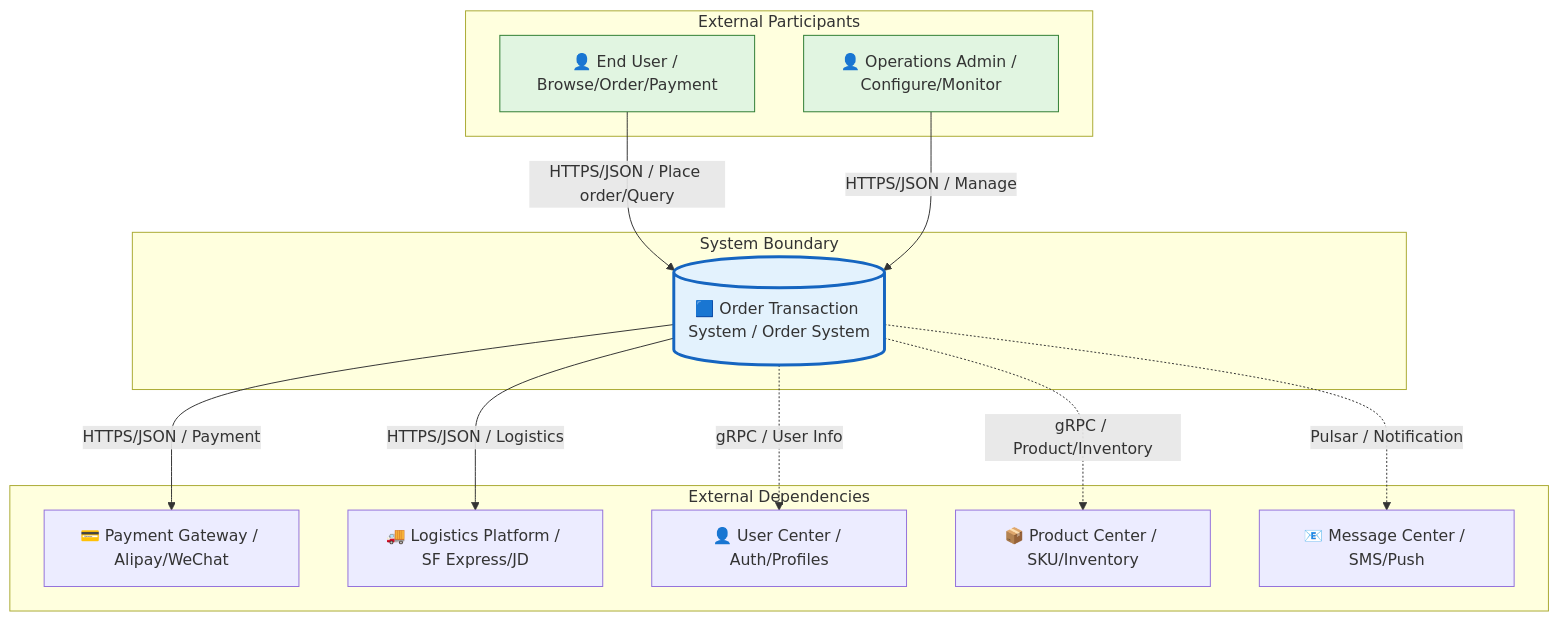
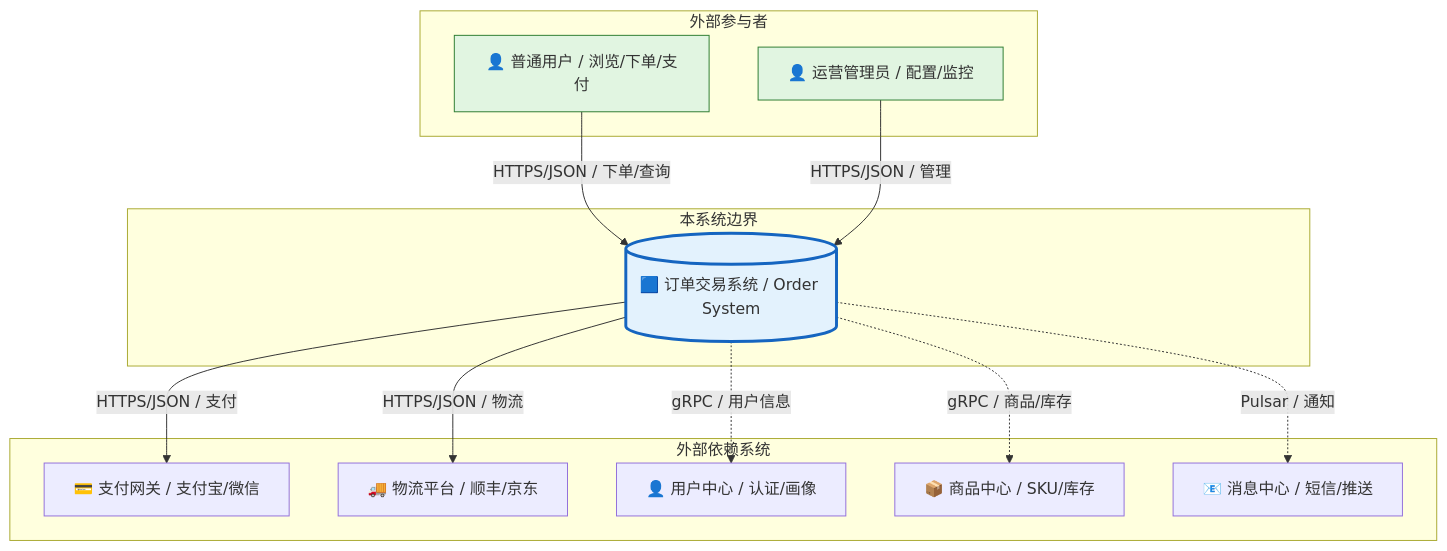
One commit to Kirky-X/cangjie changed the third of 15 diagrams in templates/Product/Technology/Template-Architecture.md. Above: the diagram before and after it, drawn with Mermaid. The commit also changed other lines of this file and 33 other files, not shown here.

````diff
--- a/templates/Product/Technology/Template-Architecture.md
+++ b/templates/Product/Technology/Template-Architecture.md
@@ -153,31 +153,31 @@
 ```mermaid
 graph TB
-    subgraph External Participants
-        U1[👤 End User / Browse/Order/Payment]
-        U2[👤 Operations Admin / Configure/Monitor]
+    subgraph 外部参与者
+        U1[👤 普通用户 / 浏览/下单/支付]
+        U2[👤 运营管理员 / 配置/监控]
     end
 
-    subgraph System Boundary
-        S1[(🟦 Order Transaction System / Order System)]
+    subgraph 本系统边界
+        S1[(🟦 订单交易系统 / Order System)]
     end
 
-    subgraph External Dependencies
-        E1[💳 Payment Gateway / Alipay/WeChat]
-        E2[🚚 Logistics Platform / SF Express/JD]
-        E3[👤 User Center / Auth/Profiles]
-        E4[📦 Product Center / SKU/Inventory]
-        E5[📧 Message Center / SMS/Push]
+    subgraph 外部依赖系统
+        E1[💳 支付网关 / 支付宝/微信]
+        E2[🚚 物流平台 / 顺丰/京东]
+        E3[👤 用户中心 / 认证/画像]
+        E4[📦 商品中心 / SKU/库存]
+        E5[📧 消息中心 / 短信/推送]
     end
 
-    U1 -->|HTTPS/JSON / Place order/Query| S1
-    U2 -->|HTTPS/JSON / Manage| S1
-    S1 -->|HTTPS/JSON / Payment| E1
-    S1 -->|HTTPS/JSON / Logistics| E2
-    S1 -.->|gRPC / User Info| E3
-    S1 -.->|gRPC / Product/Inventory| E4
-    S1 -.->|Pulsar / Notification| E5
+    U1 -->|HTTPS/JSON / 下单/查询| S1
+    U2 -->|HTTPS/JSON / 管理| S1
+    S1 -->|HTTPS/JSON / 支付| E1
+    S1 -->|HTTPS/JSON / 物流| E2
+    S1 -.->|gRPC / 用户信息| E3
+    S1 -.->|gRPC / 商品/库存| E4
+    S1 -.->|Pulsar / 通知| E5
 
     style S1 fill:#e3f2fd,stroke:#1565c0,stroke-width:3px
     style U1 fill:#e1f5e1,stroke:#2e7d32
     style U2 fill:#e1f5e1,stroke:#2e7d32
 ```
````
